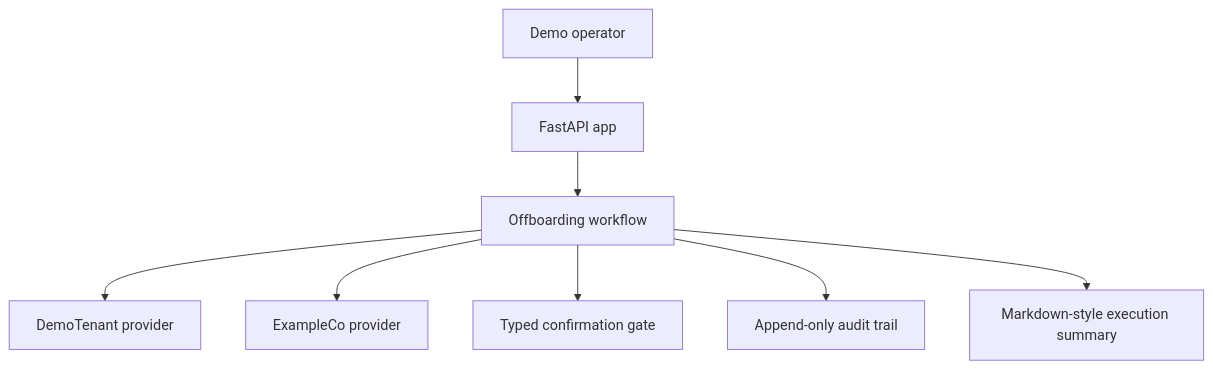
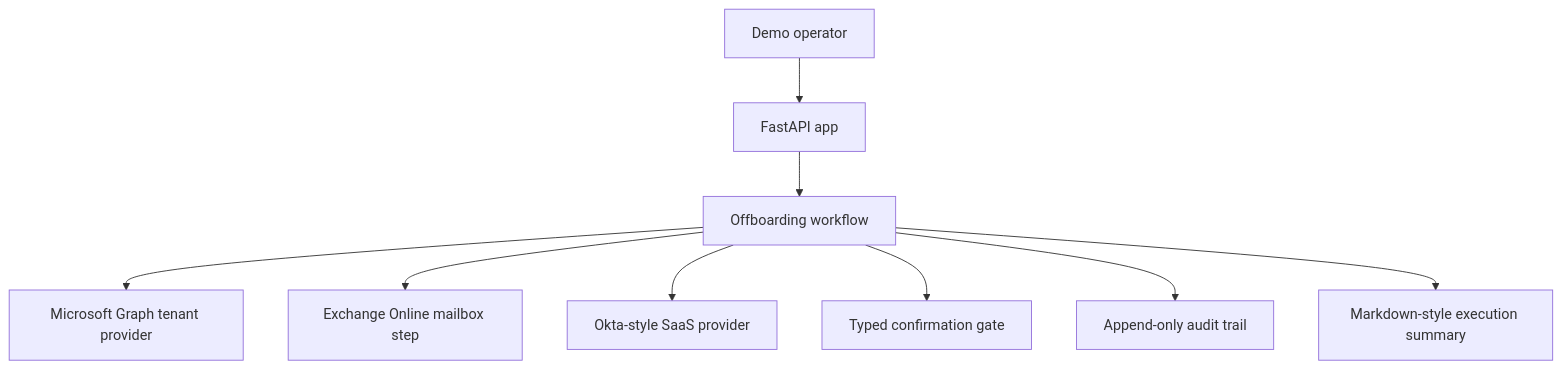
One commit to 4sightops/cross-tenant-offboarding changed the diagram in README.md. Above: the diagram before and after it, drawn with Mermaid. The commit also changed other lines of this file and 4 other files, not shown here.

````diff
--- a/README.md
+++ b/README.md
@@ -9,10 +9,11 @@
 ```mermaid
 flowchart TD
     Operator["Demo operator"] --> API["FastAPI app"]
     API --> Workflow["Offboarding workflow"]
-    Workflow --> ProviderA["DemoTenant provider"]
-    Workflow --> ProviderB["ExampleCo provider"]
+    Workflow --> ProviderA["Microsoft Graph tenant provider"]
+    Workflow --> ProviderB["Exchange Online mailbox step"]
+    Workflow --> ProviderC["Okta-style SaaS provider"]
     Workflow --> Gate["Typed confirmation gate"]
     Workflow --> Audit["Append-only audit trail"]
     Workflow --> Report["Markdown-style execution summary"]
 ```
````
